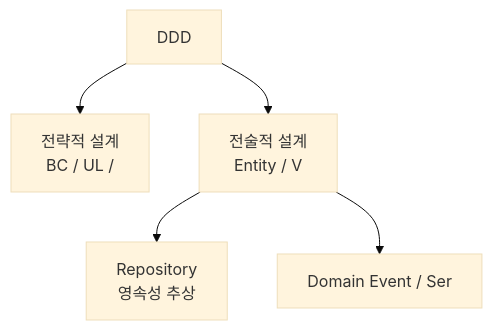
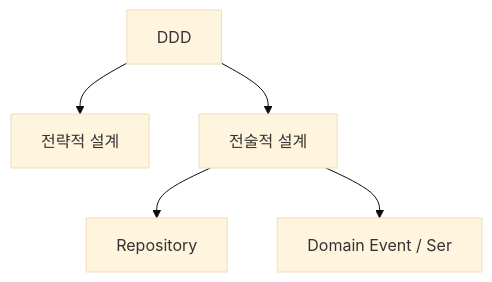
One commit to yjkim2015/yjkim2015.github.io changed the first of 7 diagrams in _posts/architecture/2026-05-01-ddd.md. Above: the diagram before and after it, drawn with Mermaid (base theme). The commit also changed other lines of this file and 217 other files, not shown here.

First line of the commit message:
Mermaid 크기 수정: useMaxWidth:true + SVG max-width:100% + 라벨 축소

````diff
--- a/_posts/architecture/2026-05-01-ddd.md
+++ b/_posts/architecture/2026-05-01-ddd.md
@@ -47,8 +47,8 @@
 ```mermaid
 graph TD
     DDD[DDD]
-    DDD --> Strategic["전략적 설계\nBC / UL /"]
-    DDD --> Tactical["전술적 설계\nEntity / V"]
-    Tactical --> Repo["Repository\n영속성 추상"]
+    DDD --> Strategic["전략적 설계"]
+    DDD --> Tactical["전술적 설계"]
+    Tactical --> Repo["Repository"]
     Tactical --> DE["Domain Event / Ser"]
 ```
````
